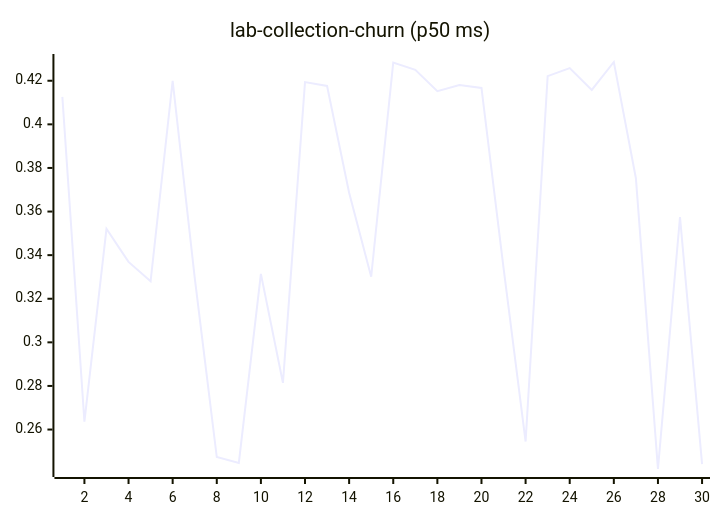
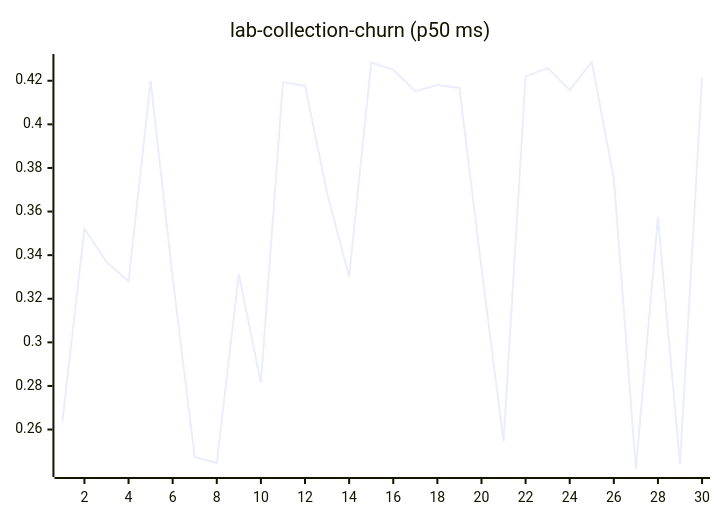
Diagram 11 of 27 in README.md (josha/Facet), drawn with Mermaid before and after one commit. The commit also changed other lines of this file and 2 other files, not shown here.

````diff
--- a/README.md
+++ b/README.md
@@ -133,6 +133,6 @@
 ```mermaid
 xychart-beta
     title "lab-collection-churn (p50 ms)"
     x-axis 1 --> 30
-    line [0.4126, 0.2636, 0.3521, 0.3369, 0.3280, 0.4200, 0.3297, 0.2474, 0.2447, 0.3314, 0.2814, 0.4194, 0.4176, 0.3686, 0.3301, 0.4283, 0.4250, 0.4152, 0.4180, 0.4167, 0.3342, 0.2545, 0.4221, 0.4258, 0.4158, 0.4286, 0.3753, 0.2419, 0.3575, 0.2441]
+    line [0.2636, 0.3521, 0.3369, 0.3280, 0.4200, 0.3297, 0.2474, 0.2447, 0.3314, 0.2814, 0.4194, 0.4176, 0.3686, 0.3301, 0.4283, 0.4250, 0.4152, 0.4180, 0.4167, 0.3342, 0.2545, 0.4221, 0.4258, 0.4158, 0.4286, 0.3753, 0.2419, 0.3575, 0.2441, 0.4215]
 ```
````
